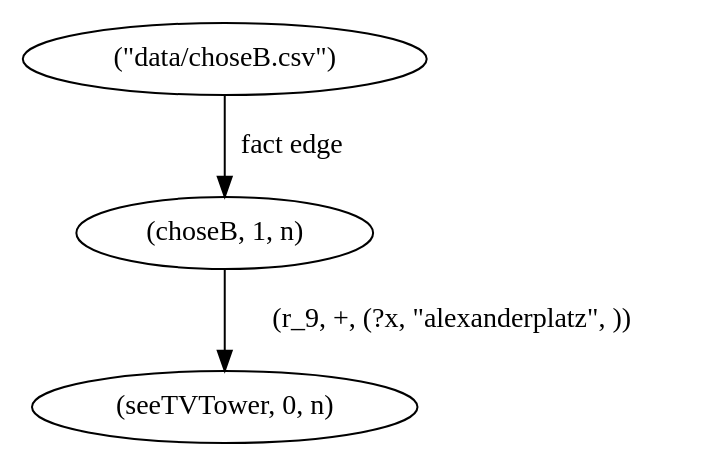
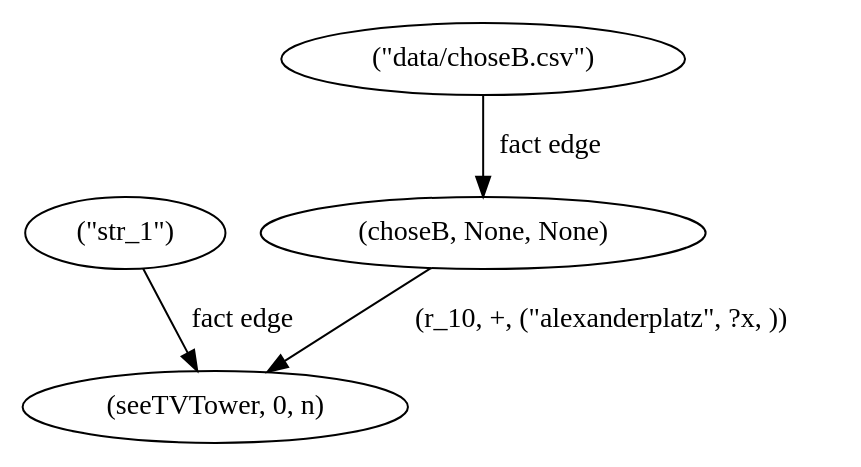
One commit to Leo-Aus-Berlin/nemo-metamorphic-testing changed the diagram in mtf_EXP_20781/debug/12adg_restricted_to_seeTVTower.dot. Above: the diagram before and after it, drawn with Graphviz. The commit also changed 87 other files, not shown here.

```diff
--- a/mtf_EXP_20781/debug/12adg_restricted_to_seeTVTower.dot
+++ b/mtf_EXP_20781/debug/12adg_restricted_to_seeTVTower.dot
@@ -1,7 +1,9 @@
 digraph {
-    2 [ label = "(choseB, 1, n)" ]
+    2 [ label = "(choseB, None, None)" ]
     7 [ label = "(seeTVTower, 0, n)" ]
     12 [ label = "(\"data/choseB.csv\")" ]
+    16 [ label = "(\"str_1\")" ]
     12 -> 2 [ label = "fact edge" ]
-    2 -> 7 [ label = "(r_9, +, (?x, \"alexanderplatz\", ))" ]
+    16 -> 7 [ label = "fact edge" ]
+    2 -> 7 [ label = "(r_10, +, (\"alexanderplatz\", ?x, ))" ]
 }
```
